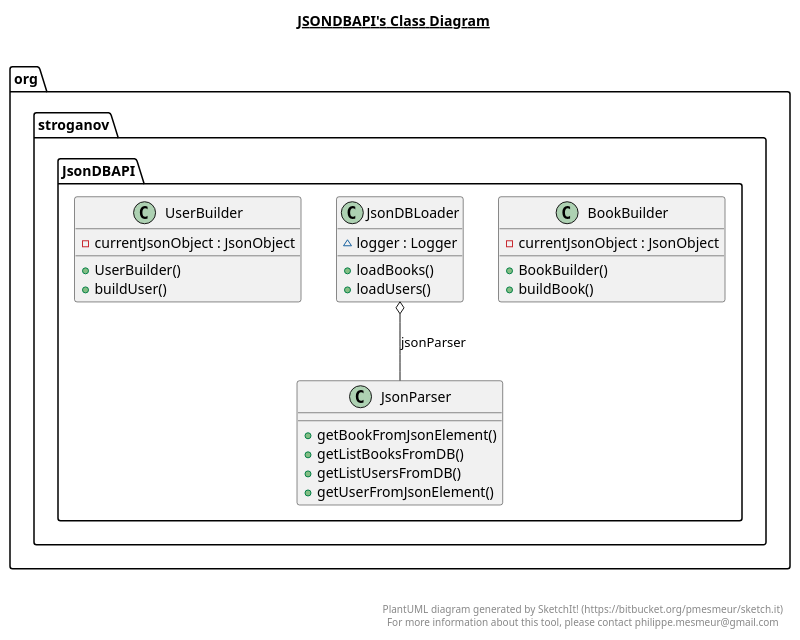
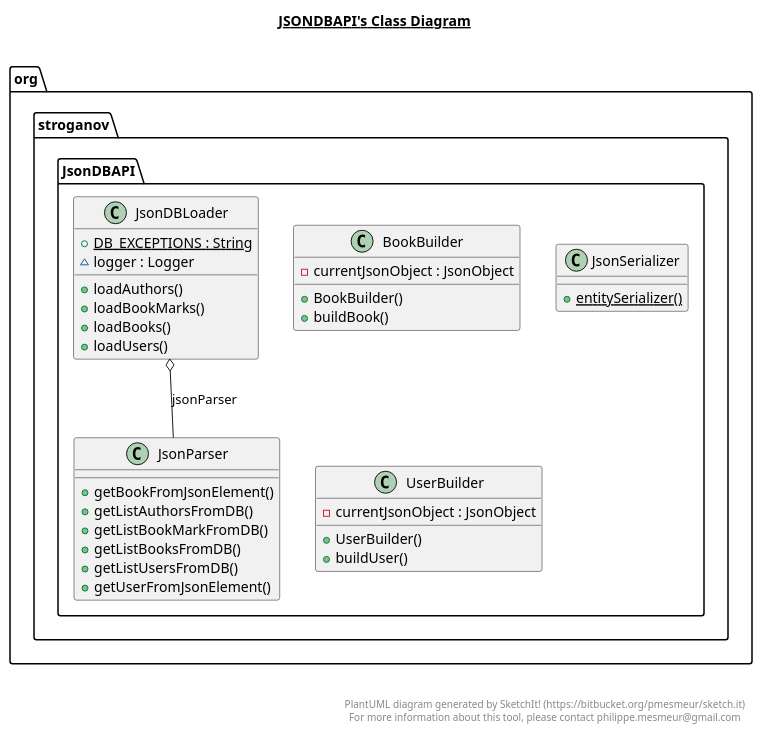
The diagram in src/main/java/org/stroganov/JsonDBAPI/JsonDBAPI.plantuml (SergeyStroganoff/LibraryApp), drawn with PlantUML before and after one commit. The commit also changed 17 other files, not shown here.

```diff
--- a/src/main/java/org/stroganov/JsonDBAPI/JsonDBAPI.plantuml
+++ b/src/main/java/org/stroganov/JsonDBAPI/JsonDBAPI.plantuml
@@ -1,60 +1,74 @@
 @startuml
 
 title __JSONDBAPI's Class Diagram__\n
 
   namespace org.stroganov {
     namespace JsonDBAPI {
       class org.stroganov.JsonDBAPI.BookBuilder {
           - currentJsonObject : JsonObject
           + BookBuilder()
           + buildBook()
       }
     }
   }
   
 
   namespace org.stroganov {
     namespace JsonDBAPI {
       class org.stroganov.JsonDBAPI.JsonDBLoader {
+          {static} + DB_EXCEPTIONS : String
           ~ logger : Logger
+          + loadAuthors()
+          + loadBookMarks()
           + loadBooks()
           + loadUsers()
       }
     }
   }
   
 
   namespace org.stroganov {
     namespace JsonDBAPI {
       class org.stroganov.JsonDBAPI.JsonParser {
           + getBookFromJsonElement()
+          + getListAuthorsFromDB()
+          + getListBookMarkFromDB()
           + getListBooksFromDB()
           + getListUsersFromDB()
           + getUserFromJsonElement()
+      }
+    }
+  }
+  
+
+  namespace org.stroganov {
+    namespace JsonDBAPI {
+      class org.stroganov.JsonDBAPI.JsonSerializer {
+          {static} + entitySerializer()
       }
     }
   }
   
 
   namespace org.stroganov {
     namespace JsonDBAPI {
       class org.stroganov.JsonDBAPI.UserBuilder {
           - currentJsonObject : JsonObject
           + UserBuilder()
           + buildUser()
       }
     }
   }
   
 
   org.stroganov.JsonDBAPI.JsonDBLoader o-- org.stroganov.JsonDBAPI.JsonParser : jsonParser
 
 
 right footer
 
 
 PlantUML diagram generated by SketchIt! (https://bitbucket.org/pmesmeur/sketch.it)
 For more information about this tool, please contact philippe.mesmeur@gmail.com
 endfooter
 
 @enduml
```
